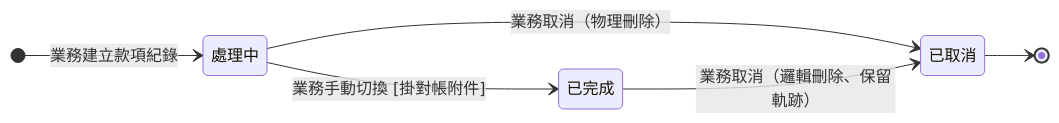
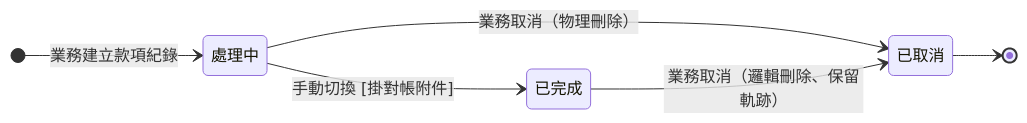
The diagram in memory/Sens_wiki/wiki/erp/06-state-machines/款項狀態.md (Kawato-Miles/erp-spec), drawn with Mermaid before and after one commit. The commit also changed other lines of this file and 2 other files, not shown here.

````diff
--- a/memory/Sens_wiki/wiki/erp/06-state-machines/款項狀態.md
+++ b/memory/Sens_wiki/wiki/erp/06-state-machines/款項狀態.md
@@ -35,14 +35,14 @@
 ```mermaid
 stateDiagram-v2
     direction LR
 
     state "處理中" as s_pending
     state "已完成" as s_completed
     state "已取消" as s_cancelled
 
     [*] --> s_pending : 業務建立款項紀錄
-    s_pending --> s_completed : 業務手動切換 [掛對帳附件]
+    s_pending --> s_completed : 手動切換 [掛對帳附件]
     s_pending --> s_cancelled : 業務取消（物理刪除）
     s_completed --> s_cancelled : 業務取消（邏輯刪除、保留軌跡）
     s_cancelled --> [*]
 ```
````
